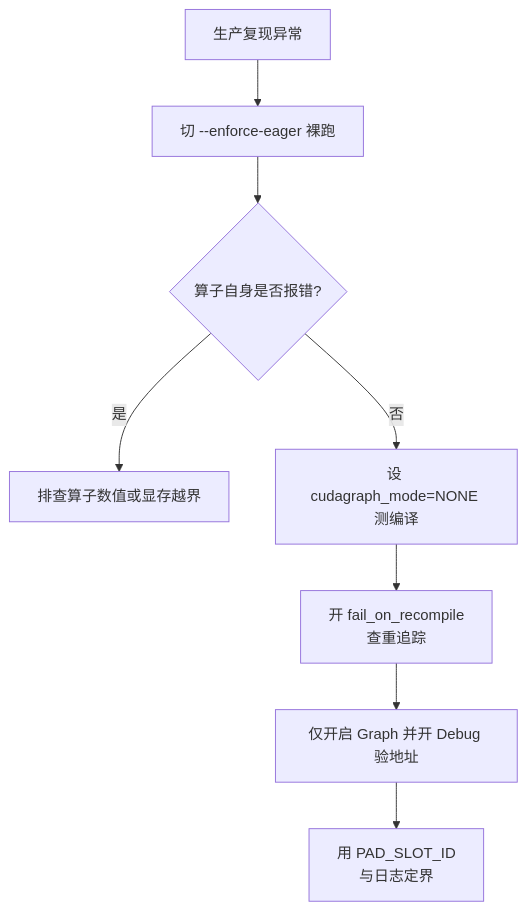
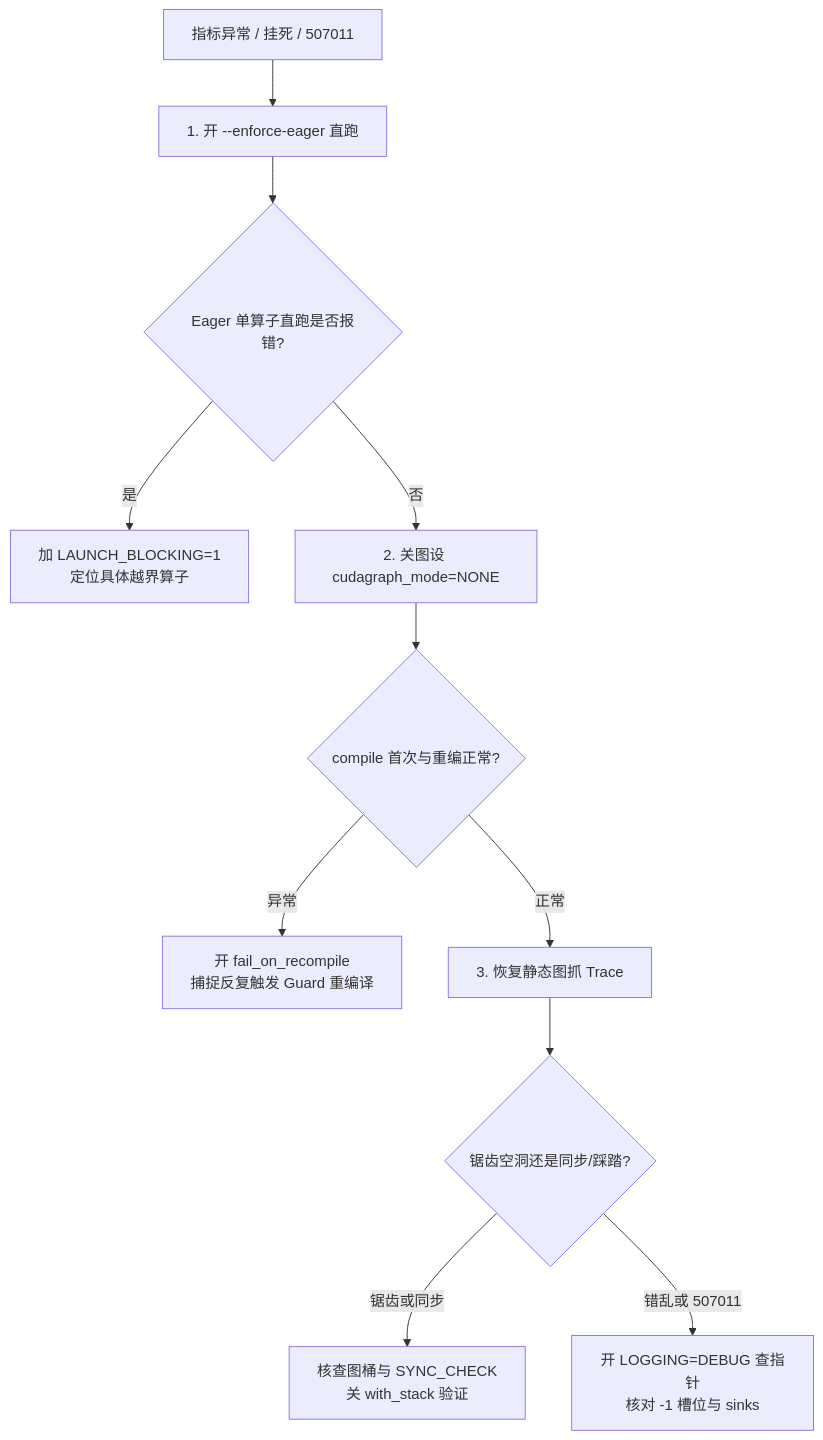
One commit to xingcanlee/infra-note changed the diagram in src/content/posts/vllm/07-profiling-and-debugging/index.mdx. Above: the diagram before and after it, drawn with Mermaid. The commit also changed other lines of this file and 22 other files, not shown here.

````diff
--- a/src/content/posts/vllm/07-profiling-and-debugging/index.mdx
+++ b/src/content/posts/vllm/07-profiling-and-debugging/index.mdx
@@ -53,10 +57,13 @@
-```mermaid caption="图 3：推理引擎二分法故障定位工作流"
+```mermaid caption="图 2：从指标异常到二分隔离与平台诊断开关排障树"
 flowchart TD
-    B0["生产复现异常"] --> B1["切 --enforce-eager 裸跑"]
-    B1 --> B2{"算子自身是否报错?"}
-    B2 -->|是| FIX1["排查算子数值或显存越界"]
-    B2 -->|否| B3["设 cudagraph_mode=NONE 测编译"]
-    B3 --> B4["开 fail_on_recompile<br/>查重追踪"]
-    B4 --> B5["仅开启 Graph 并开 Debug 验地址"]
-    B5 --> FIX2["用 PAD_SLOT_ID<br/>与日志定界"]
+    S["指标异常 / 挂死 / 507011"] --> E["1. 开 --enforce-eager 直跑"]
+    E --> Q1{"Eager 单算子直跑是否报错?"}
+    Q1 -->|是| F1["加 LAUNCH_BLOCKING=1<br/>定位具体越界算子"]
+    Q1 -->|否| C["2. 关图设 cudagraph_mode=NONE"]
+    C --> Q2{"compile 首次与重编正常?"}
+    Q2 -->|异常| F2["开 fail_on_recompile<br/>捕捉反复触发 Guard 重编译"]
+    Q2 -->|正常| G["3. 恢复静态图抓 Trace"]
+    G --> Q3{"锯齿空洞还是同步/踩踏?"}
+    Q3 -->|锯齿或同步| F3["核查图桶与 SYNC_CHECK<br/>关 with_stack 验证"]
+    Q3 -->|错乱或 507011| F4["开 LOGGING=DEBUG 查指针<br/>核对 -1 槽位与 sinks"]
 ```
````
